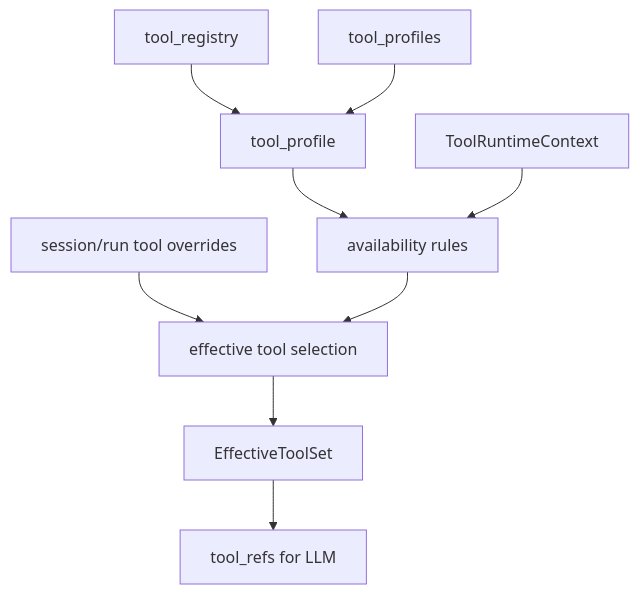
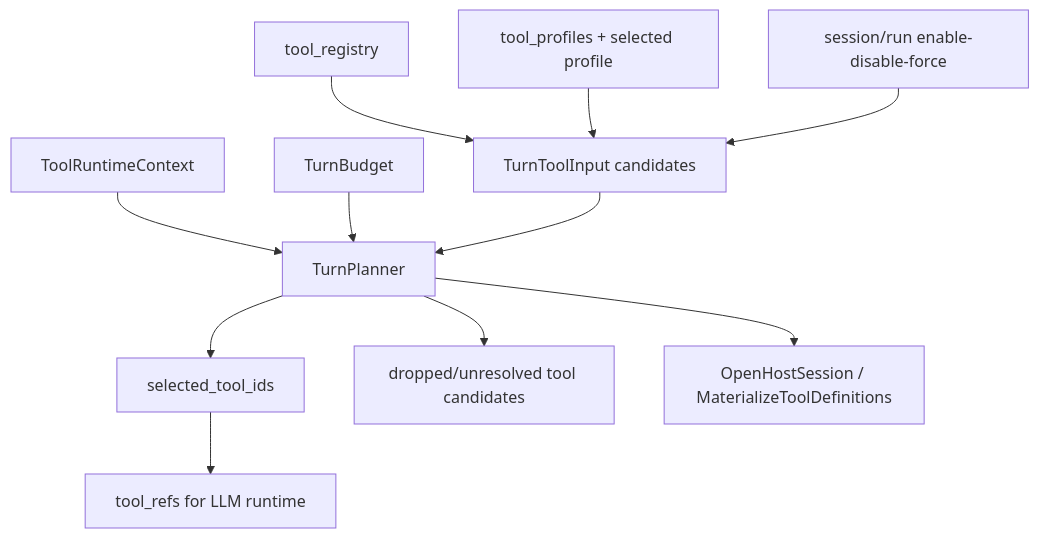
One commit to smartcomputer-ai/agent-os changed diagram 11 of 22 in roadmap/v0.30-agent/visual-guide.md. Above: the diagram before and after it, drawn with Mermaid. The commit also changed other lines of this file, not shown here.

````diff
--- a/roadmap/v0.30-agent/visual-guide.md
+++ b/roadmap/v0.30-agent/visual-guide.md
@@ -770,11 +839,13 @@
 ```mermaid
 flowchart TD
-  Registry[tool_registry] --> Profile[tool_profile]
-  Profiles[tool_profiles] --> Profile
-  Profile --> Rules[availability rules]
-  Runtime[ToolRuntimeContext] --> Rules
-  Overrides[session/run tool overrides] --> Select[effective tool selection]
-  Rules --> Select
-  Select --> Effective[EffectiveToolSet]
-  Effective --> ToolRefs[tool_refs for LLM]
+  Registry[tool_registry] --> Candidates[TurnToolInput candidates]
+  Profiles[tool_profiles + selected profile] --> Candidates
+  Overrides[session/run enable-disable-force] --> Candidates
+  Runtime[ToolRuntimeContext] --> Planner[TurnPlanner]
+  Budget[TurnBudget] --> Planner
+  Candidates --> Planner
+  Planner --> Selected[selected_tool_ids]
+  Planner --> Dropped[dropped/unresolved tool candidates]
+  Planner --> Prereqs[OpenHostSession / MaterializeToolDefinitions]
+  Selected --> ToolRefs[tool_refs for LLM runtime]
 ```
````
